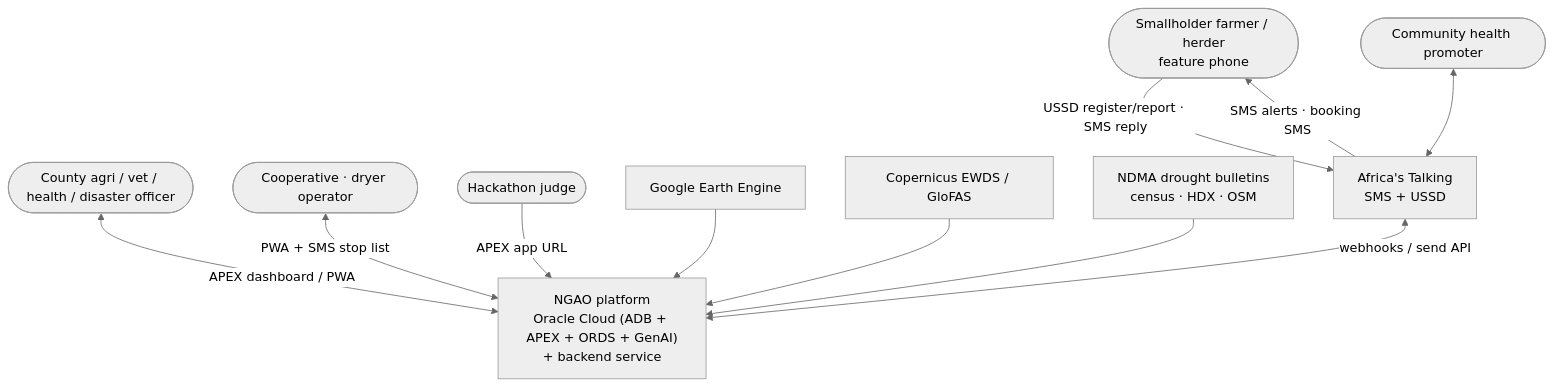
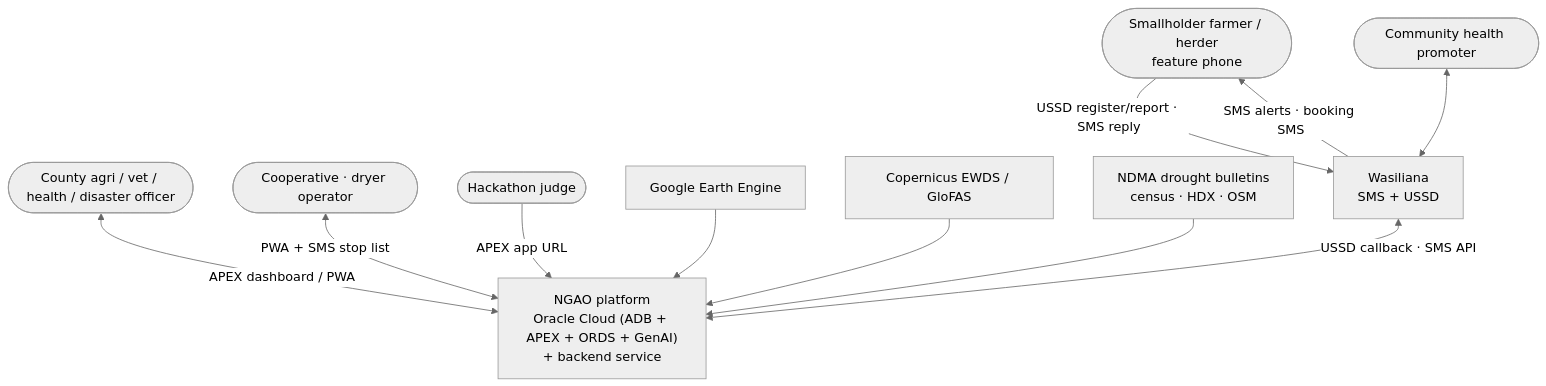
Before and after one commit to ChristopherKiokoStrathmore/DrainSense-Global: the first of 8 diagrams in docs/ARCHITECTURE.md, drawn with Mermaid (neutral theme). The commit also changed other lines of this file and 14 other files, not shown here.

````diff
--- a/docs/ARCHITECTURE.md
+++ b/docs/ARCHITECTURE.md
@@ -37,26 +39,26 @@
 ```mermaid
 flowchart TB
   farmer(["Smallholder farmer / herder<br/>feature phone"])
   promoter(["Community health promoter"])
   officer(["County agri / vet / health / disaster officer"])
   coop(["Cooperative · dryer operator"])
   judge(["Hackathon judge"])
 
   ngao["NGAO platform<br/>Oracle Cloud (ADB + APEX + ORDS + GenAI)<br/>+ backend service"]
 
   gee["Google Earth Engine"]
   glofas["Copernicus EWDS / GloFAS"]
   ndma["NDMA drought bulletins<br/>census · HDX · OSM"]
-  at["Africa's Talking<br/>SMS + USSD"]
+  wa["Wasiliana<br/>SMS + USSD"]
 
-  farmer -- "USSD register/report · SMS reply" --> at
-  at -- "SMS alerts · booking SMS" --> farmer
-  promoter <--> at
-  at <-- "webhooks / send API" --> ngao
+  farmer -- "USSD register/report · SMS reply" --> wa
+  wa -- "SMS alerts · booking SMS" --> farmer
+  promoter <--> wa
+  wa <-- "USSD callback · SMS API" --> ngao
   officer <-- "APEX dashboard / PWA" --> ngao
   coop <-- "PWA + SMS stop list" --> ngao
   judge -- "APEX app URL" --> ngao
   gee --> ngao
   glofas --> ngao
   ndma --> ngao
 ```
````
